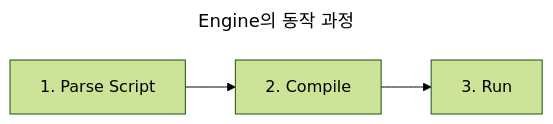
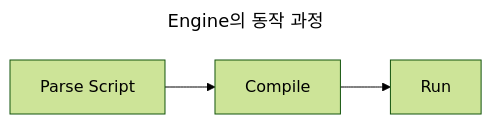
The diagram in collections/_notes/language/javascript/index.md (choesimin/choesimin.github.io), drawn with Mermaid (forest theme) before and after one commit.

````diff
--- a/collections/_notes/language/javascript/index.md
+++ b/collections/_notes/language/javascript/index.md
@@ -209,12 +209,12 @@
 ```mermaid
 ---
 title : Engine의 동작 과정
 ---
 flowchart LR
 
-parse[1. Parse Script]
-compile[2. Compile]
-run[3. Run]
+parse[Parse Script]
+compile[Compile]
+run[Run]
 
 parse --> compile --> run
 ```
````
